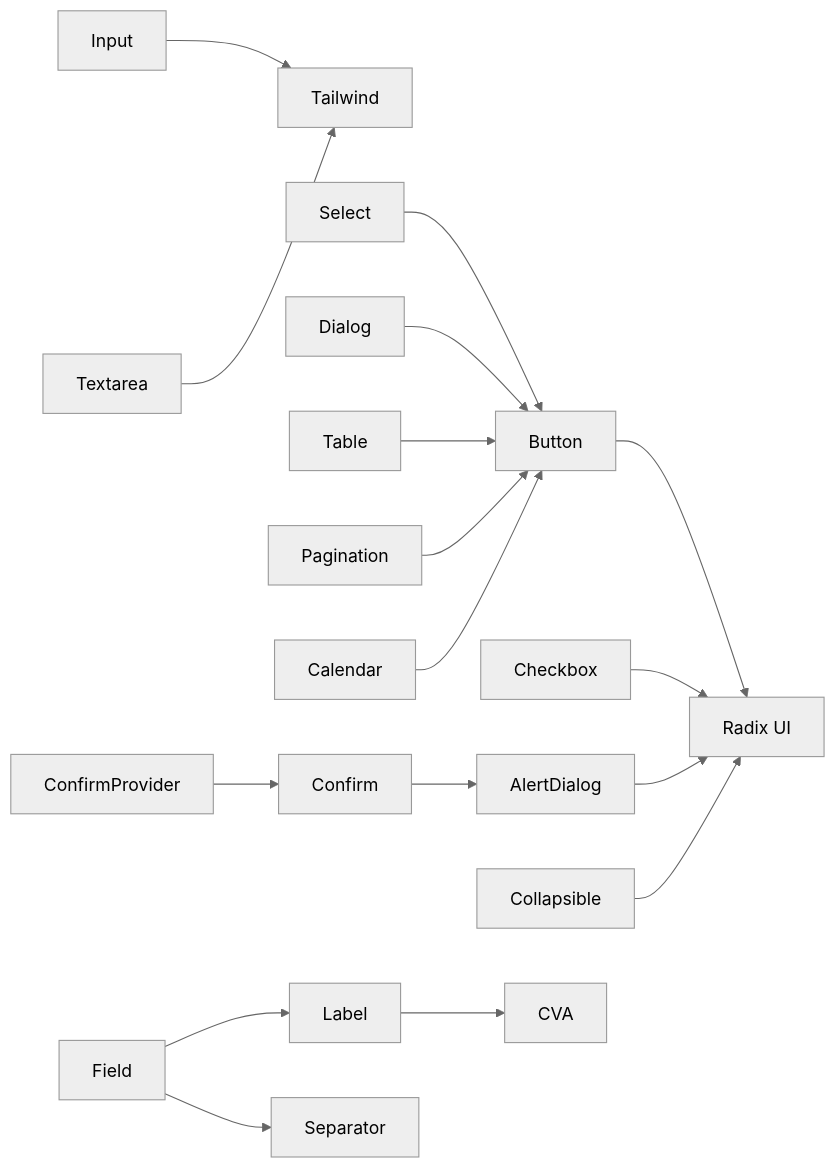
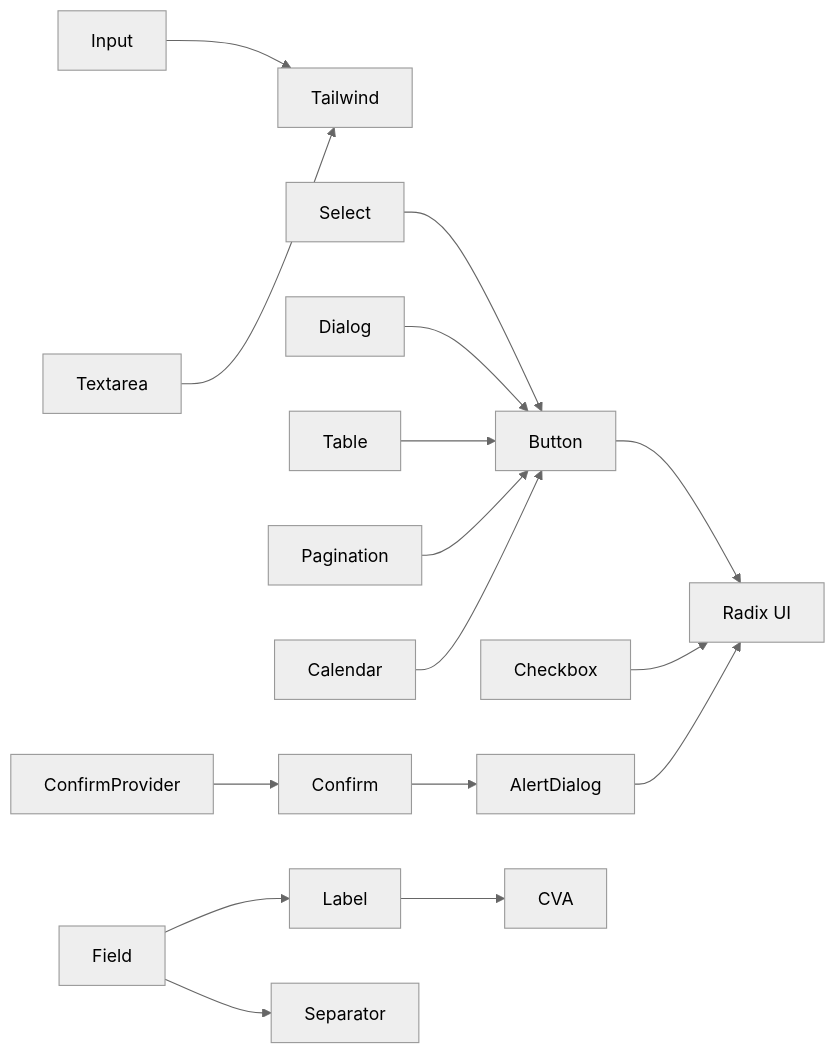
The third of 3 diagrams in .qoder/repowiki/zh/content/前端组件/UI 组件库.md (RadiumAg/AIGate), drawn with Mermaid (neutral theme) before and after one commit. The commit also changed other lines of this file and 15 other files, not shown here.

````diff
--- a/.qoder/repowiki/zh/content/前端组件/UI 组件库.md
+++ b/.qoder/repowiki/zh/content/前端组件/UI 组件库.md
@@ -582,19 +559,18 @@
 ```mermaid
 graph LR
 BTN["Button"] --> RAD["Radix UI"]
 INP["Input"] --> TWD["Tailwind"]
 TXT["Textarea"] --> TWD
 CHK["Checkbox"] --> RAD
 SEL["Select"] --> BTN
 DLG["Dialog"] --> BTN
 ALERT["AlertDialog"] --> RAD
 CONFIRM["Confirm"] --> ALERT
 PROVIDER["ConfirmProvider"] --> CONFIRM
-COLL["Collapsible"] --> RAD
 TBL["Table"] --> BTN
 PAG["Pagination"] --> BTN
 CAL["Calendar"] --> BTN
 LAB["Label"] --> CVA["CVA"]
 FLD["Field"] --> LAB
 FLD --> SEP["Separator"]
 ```
````
